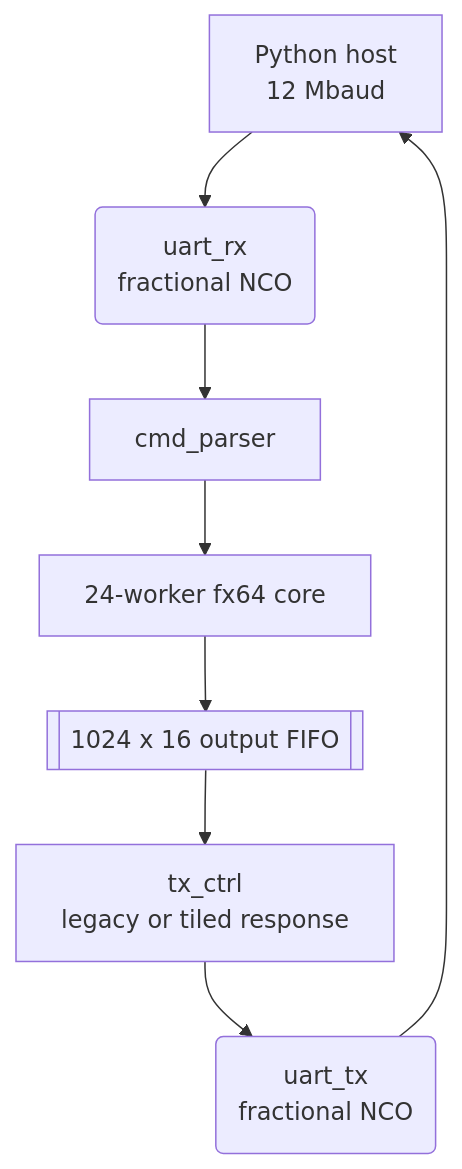
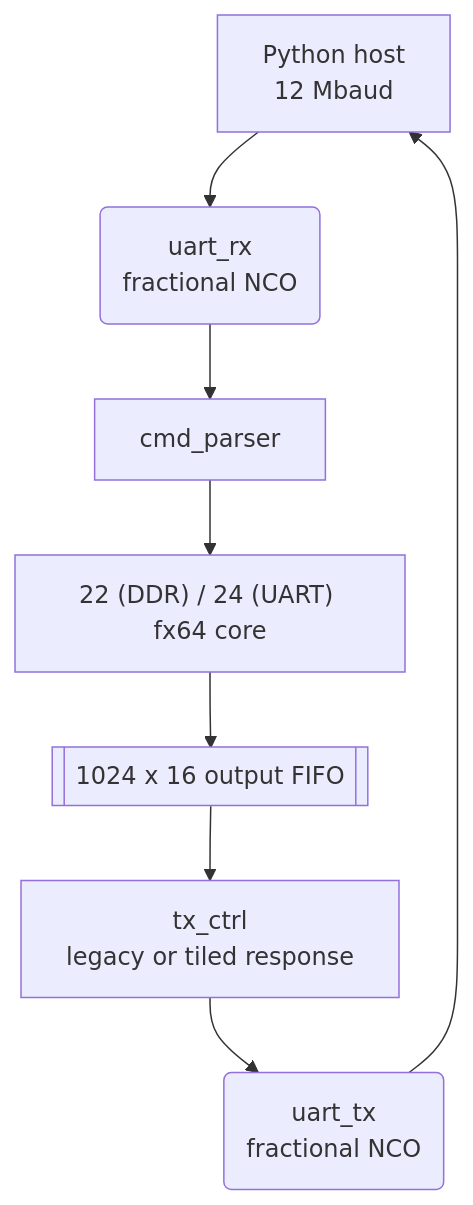
Diagram 12 of 18 in doc/ARCHITECTURE.md (RESBI/FPGA-Mandelbrot-Demo), drawn with Mermaid before and after one commit. The commit also changed other lines of this file and 25 other files, not shown here.

````diff
--- a/doc/ARCHITECTURE.md
+++ b/doc/ARCHITECTURE.md
@@ -554,10 +566,10 @@
 ```mermaid
 flowchart TB
     HOST["Python host<br/>12 Mbaud"] --> RX("uart_rx<br/>fractional NCO")
     RX --> CMD["cmd_parser"]
-    CMD --> CORE["24-worker fx64 core"]
+    CMD --> CORE["22 (DDR) / 24 (UART) fx64 core"]
     CORE --> OFIFO[["1024 x 16 output FIFO"]]
     OFIFO --> TXC["tx_ctrl<br/>legacy or tiled response"]
     TXC --> TX("uart_tx<br/>fractional NCO")
     TX --> HOST
 ```
````
